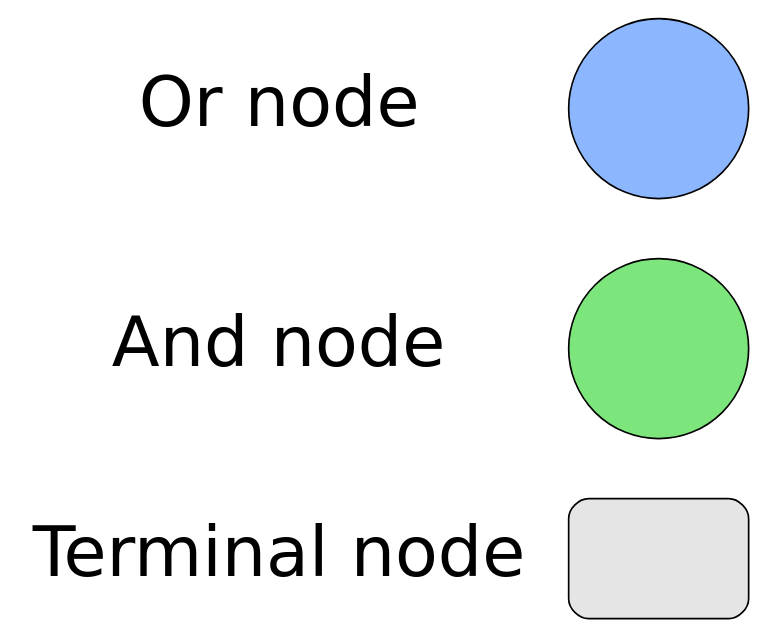
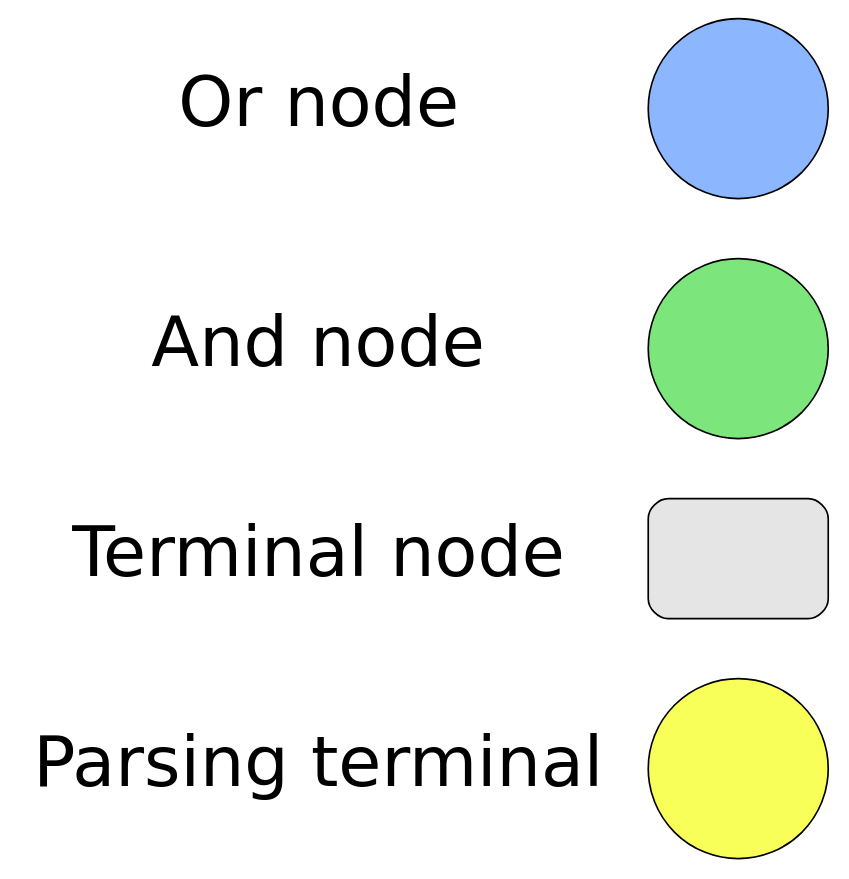
Before and after one commit to xiaozhuchacha/OpenBottle: the diagram in grammar_induction/legend.dot, drawn with Graphviz. The commit also changed 4 other files, not shown here.

```diff
--- a/grammar_induction/legend.dot
+++ b/grammar_induction/legend.dot
@@ -1,22 +1,28 @@
 digraph G {
   graph[fontname = "DejaVu Sans"];node[fontname = "DejaVu Sans", fontsize=42];edge[fontname = "DejaVu Sans"];
   subgraph legend{
   label="Legend"
   subgraph or {
     or_text[group=l, shape=plaintext, style=solid, label="Or node\r", width=1.5]
     or_legend[group=n, label="", shape=circle, fillcolor="#8cb7ff", style=filled, width=1.5, color=black nodesep=0]
   }
   subgraph and {
     and_text[group=l, shape=plaintext, style=solid, label="And node\r", width=1.5]
     and_legend[group=n, label="", shape=circle, fillcolor="#7ce57b", style=filled, width=1.5, color=black, nodesep=0]
   }
   subgraph terminal {
     terminal_text[group=l, shape=plaintext, style=solid, label="Terminal node\r", width=1.5]
     terminal_legend[group=n, label="", shape=box, fillcolor=grey90, style="rounded,filled", width=1.5, height=1, nodesep=-0.5]
   }
+  subgraph gep_terminal {
+    gep_text [group=l, shape=plaintext, style=solid, label="Parsing terminal", width=1.5]
+    gep_legend [group=n, label="", shape=circle, fillcolor="#f9ff59", style=filled, color=black, width=1.5, nodesep=0, fontsize=40]
+  }
   or_text -> and_text[style=invis]
   and_text -> terminal_text[style=invis]
   or_legend -> and_legend[style=invis]
   and_legend -> terminal_legend[style=invis]
+  terminal_text -> gep_text[style=invis]
+  terminal_legend -> gep_legend[style=invis]
   }
 }
```
